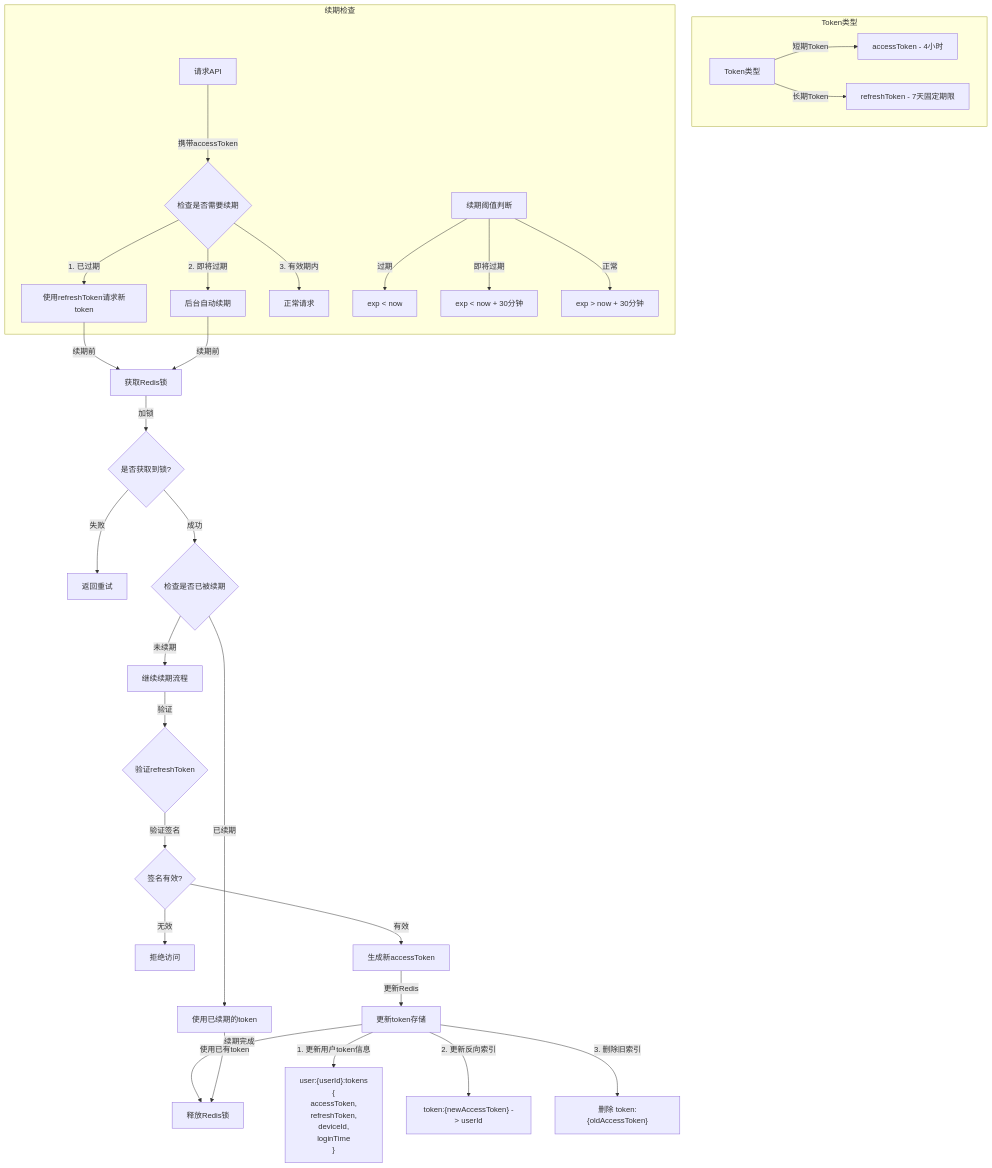
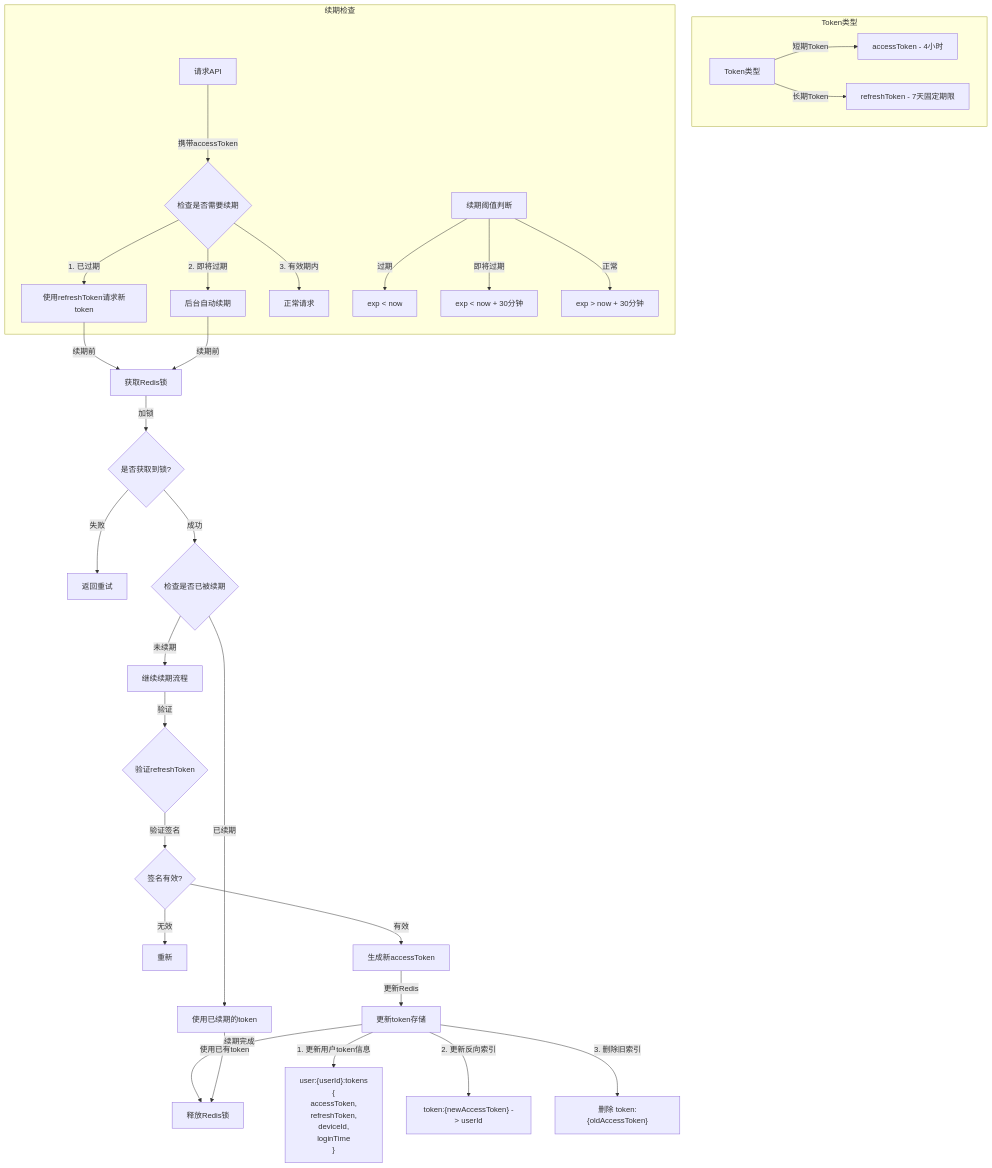
Before and after one commit to yingjianzh/iodraw-files: the diagram in all/考虑修改-15.md, drawn with Mermaid.

Commit message:
2025-01-03 09:41:30 update

````diff
--- a/all/考虑修改-15.md
+++ b/all/考虑修改-15.md
@@ -1,50 +1,50 @@
 ```mermaid
 flowchart TD
     subgraph Token类型
         A[Token类型] -->|短期Token| B[accessToken - 4小时]
         A -->|长期Token| C[refreshToken - 7天固定期限]
     end
 
     subgraph 续期检查
         F[请求API] -->|携带accessToken| G{检查是否需要续期}
         G -->|1. 已过期| H[使用refreshToken请求新token]
         G -->|2. 即将过期| I[后台自动续期]
         G -->|3. 有效期内| J[正常请求]
         
         %% 续期阈值判断
         K[续期阈值判断]
         K -->|过期| L[exp < now]
         K -->|即将过期| M[exp < now + 30分钟]
         K -->|正常| N[exp > now + 30分钟]
     end
 
     %% 并发控制和续期流程
     H & I -->|续期前| LC[获取Redis锁]
     LC -->|加锁| LD{是否获取到锁?}
     LD -->|失败| LE[返回重试]
     LD -->|成功| LF{检查是否已被续期}
     LF -->|已续期| LG[使用已续期的token]
     LF -->|未续期| LH[继续续期流程]   
 
     %% Token验证和生成
     LH -->|验证| O{验证refreshToken}
     O -->|验证签名| P{签名有效?}
-    P -->|无效| Q1[拒绝访问]
+    P -->|无效| Q1[重新]
     P -->|有效| V[生成新accessToken]
     
     %% Redis更新
     V -->|更新Redis| X[更新token存储]
     X -->|1. 更新用户token信息| Y["user:{userId}:tokens 
     {
         accessToken,
         refreshToken,
         deviceId,
         loginTime
     }"]
     X -->|2. 更新反向索引| Z["token:{newAccessToken} -> userId"]
     X -->|3. 删除旧索引| AA["删除 token:{oldAccessToken}"]
 
     %% 释放锁
     X -->|续期完成| LI[释放Redis锁]
     LG -->|使用已有token| LI
 ```
````
